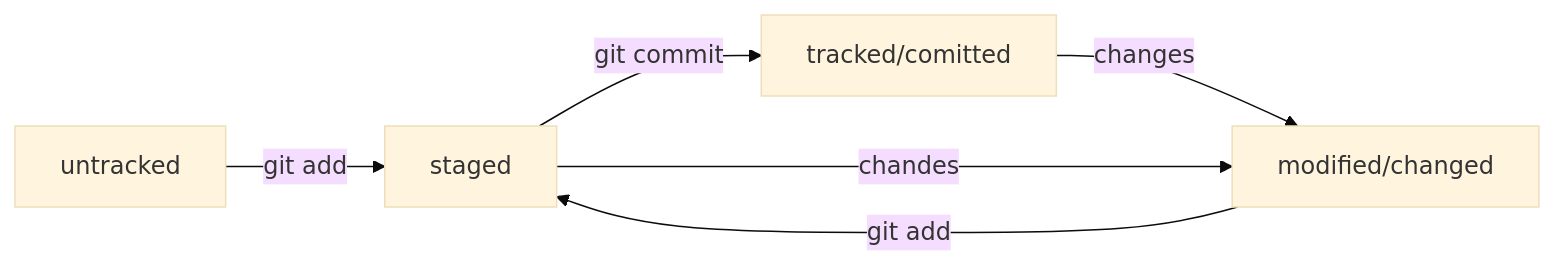
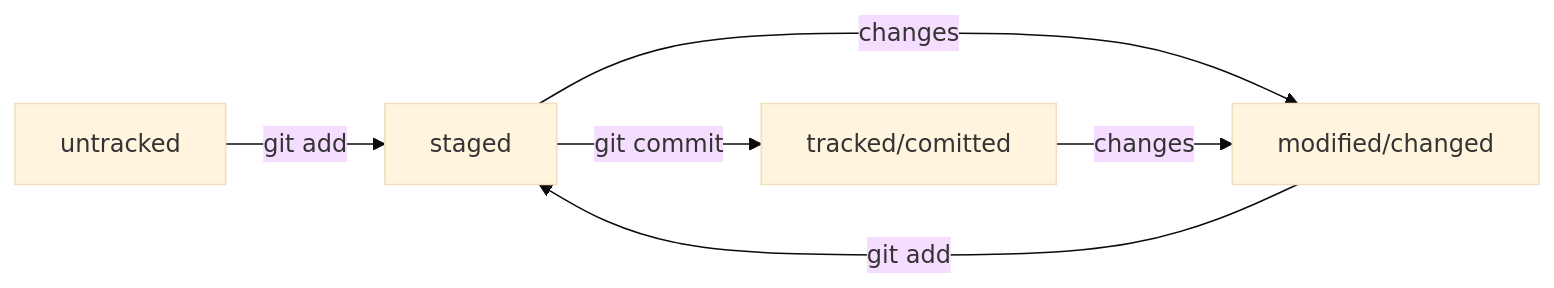
One commit to Scarsgard-S/Console-Commands-and-GitHub-Guide changed the diagram in README.md. Above: the diagram before and after it, drawn with Mermaid (base theme).

Commit message:
Исправить опечатку в "staged" и поместить tracked/commited в центр

````diff
--- a/README.md
+++ b/README.md
@@ -139,8 +139,8 @@
 ```mermaid
 graph LR;
   untracked -- "git add" --> staged;
   staged -- "git commit" --> tracked/comitted;
+  staged -- "changes" --> modified/changed;
   tracked/comitted -- "changes" --> modified/changed;
-  staged -- "chandes" --> modified/changed;
   modified/changed -- "git add" --> staged;
 ``` 
````
